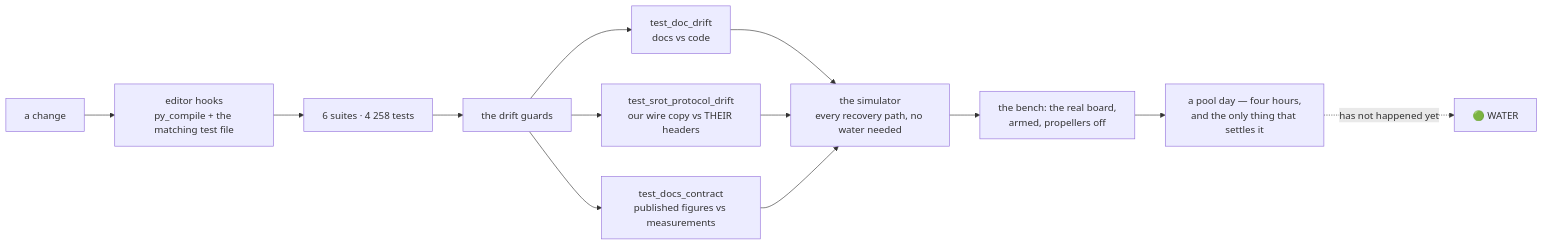
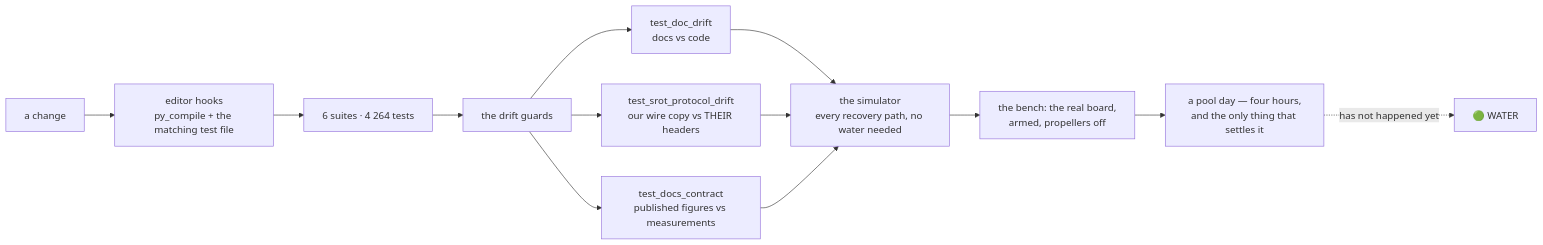
The ninth of 10 diagrams in README.md (fh1m/mongla_ws), drawn with Mermaid before and after one commit. The commit also changed other lines of this file and 8 other files, not shown here.

````diff
--- a/README.md
+++ b/README.md
@@ -752,15 +752,15 @@
 ```mermaid
 flowchart LR
     DEV["a change"] --> HOOK["editor hooks<br/>py_compile + the matching test file"]
-    HOOK --> UNIT["6 suites · 4 258 tests"]
+    HOOK --> UNIT["6 suites · 4 264 tests"]
     UNIT --> GUARD["the drift guards"]
     GUARD --> G1["test_doc_drift<br/>docs vs code"]
     GUARD --> G2["test_srot_protocol_drift<br/>our wire copy vs THEIR headers"]
     GUARD --> G3["test_docs_contract<br/>published figures vs measurements"]
     G1 --> SIM["the simulator<br/>every recovery path, no water needed"]
     G2 --> SIM
     G3 --> SIM
     SIM --> BENCH["the bench: the real board,<br/>armed, propellers off"]
     BENCH --> POOL["a pool day — four hours,<br/>and the only thing that settles it"]
     POOL -.->|"has not happened yet"| WATER["🟢 WATER"]
 ```
````
